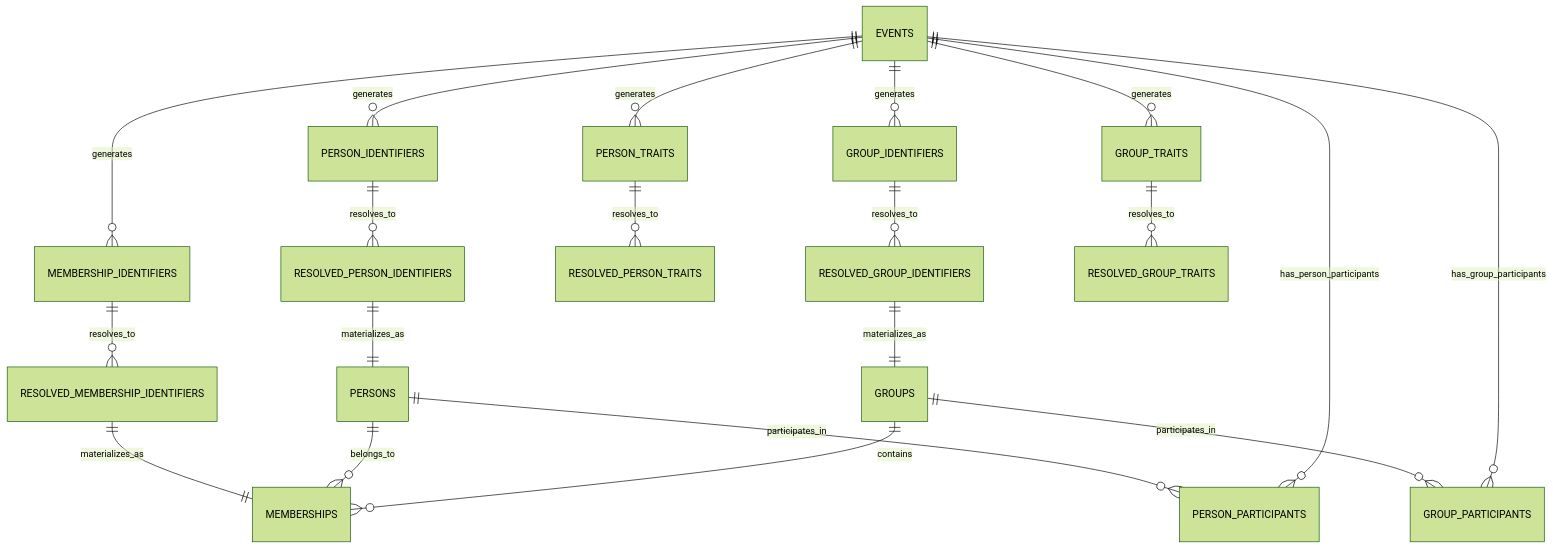
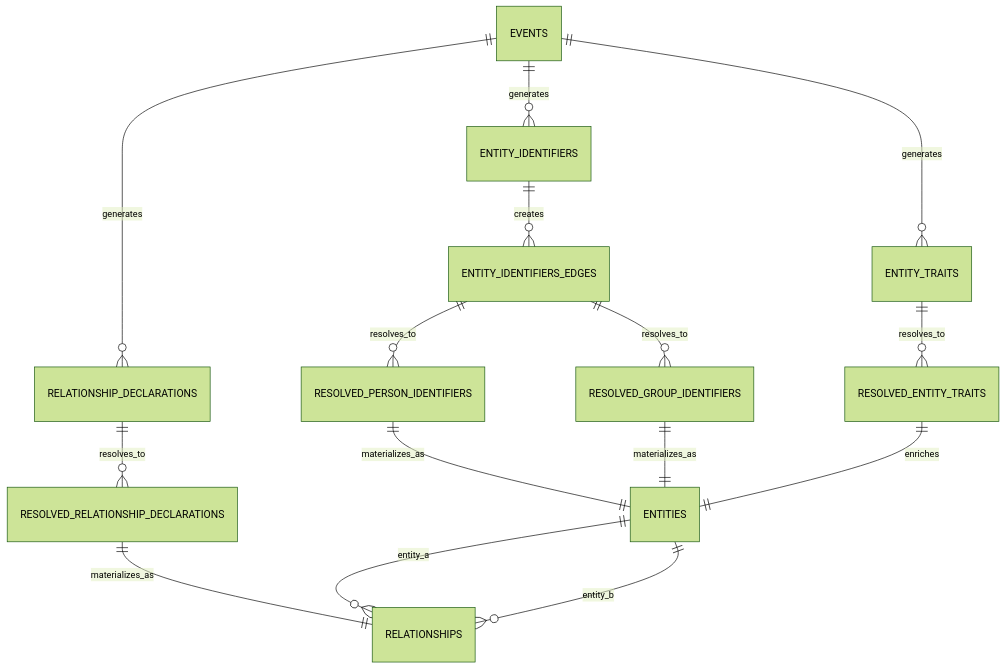
The diagram in docs/overview/database-schema.md (slide-rule-tech/dbt-nexus), drawn with Mermaid (forest theme) before and after one commit. The commit also changed other lines of this file and 101 other files, not shown here.

Commit message:
feat: switch to entities and relationships [WORK-2456] (#31)

````diff
--- a/docs/overview/database-schema.md
+++ b/docs/overview/database-schema.md
@@ -303,25 +257,20 @@
 ```mermaid
 erDiagram
-    EVENTS ||--o{ PERSON_IDENTIFIERS : generates
-    EVENTS ||--o{ PERSON_TRAITS : generates
-    EVENTS ||--o{ GROUP_IDENTIFIERS : generates
-    EVENTS ||--o{ GROUP_TRAITS : generates
-    EVENTS ||--o{ MEMBERSHIP_IDENTIFIERS : generates
+    EVENTS ||--o{ ENTITY_IDENTIFIERS : generates
+    EVENTS ||--o{ ENTITY_TRAITS : generates
+    EVENTS ||--o{ RELATIONSHIP_DECLARATIONS : generates
 
-    PERSON_IDENTIFIERS ||--o{ RESOLVED_PERSON_IDENTIFIERS : resolves_to
-    PERSON_TRAITS ||--o{ RESOLVED_PERSON_TRAITS : resolves_to
-    GROUP_IDENTIFIERS ||--o{ RESOLVED_GROUP_IDENTIFIERS : resolves_to
-    GROUP_TRAITS ||--o{ RESOLVED_GROUP_TRAITS : resolves_to
-    MEMBERSHIP_IDENTIFIERS ||--o{ RESOLVED_MEMBERSHIP_IDENTIFIERS : resolves_to
+    ENTITY_IDENTIFIERS ||--o{ ENTITY_IDENTIFIERS_EDGES : creates
+    ENTITY_IDENTIFIERS_EDGES ||--o{ RESOLVED_PERSON_IDENTIFIERS : resolves_to
+    ENTITY_IDENTIFIERS_EDGES ||--o{ RESOLVED_GROUP_IDENTIFIERS : resolves_to
+    ENTITY_TRAITS ||--o{ RESOLVED_ENTITY_TRAITS : resolves_to
+    RELATIONSHIP_DECLARATIONS ||--o{ RESOLVED_RELATIONSHIP_DECLARATIONS : resolves_to
 
-    RESOLVED_PERSON_IDENTIFIERS ||--|| PERSONS : materializes_as
-    RESOLVED_GROUP_IDENTIFIERS ||--|| GROUPS : materializes_as
-    RESOLVED_MEMBERSHIP_IDENTIFIERS ||--|| MEMBERSHIPS : materializes_as
+    RESOLVED_PERSON_IDENTIFIERS ||--|| ENTITIES : materializes_as
+    RESOLVED_GROUP_IDENTIFIERS ||--|| ENTITIES : materializes_as
+    RESOLVED_ENTITY_TRAITS ||--|| ENTITIES : enriches
+    RESOLVED_RELATIONSHIP_DECLARATIONS ||--|| RELATIONSHIPS : materializes_as
 
-    PERSONS ||--o{ MEMBERSHIPS : belongs_to
-    GROUPS ||--o{ MEMBERSHIPS : contains
-    PERSONS ||--o{ PERSON_PARTICIPANTS : participates_in
-    GROUPS ||--o{ GROUP_PARTICIPANTS : participates_in
-    EVENTS ||--o{ PERSON_PARTICIPANTS : has_person_participants
-    EVENTS ||--o{ GROUP_PARTICIPANTS : has_group_participants
+    ENTITIES ||--o{ RELATIONSHIPS : entity_a
+    ENTITIES ||--o{ RELATIONSHIPS : entity_b
 ```
````
